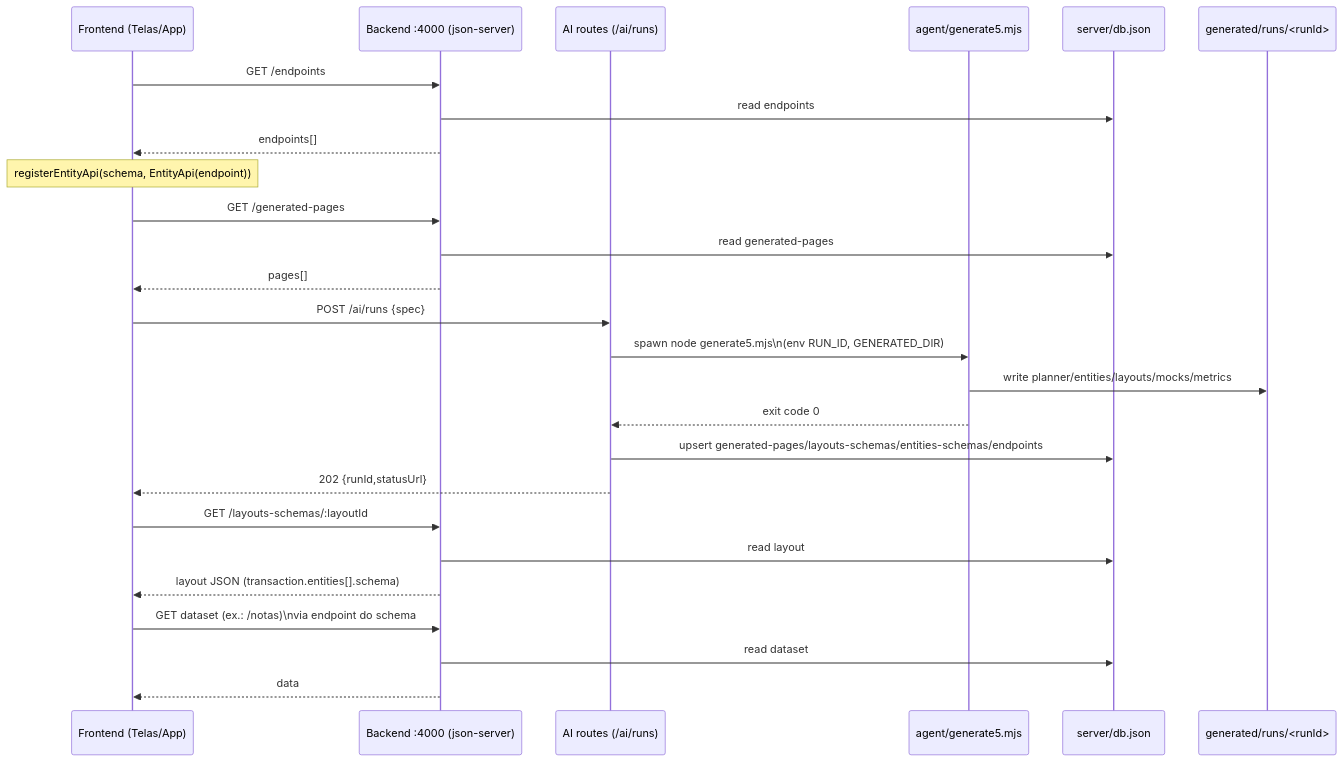
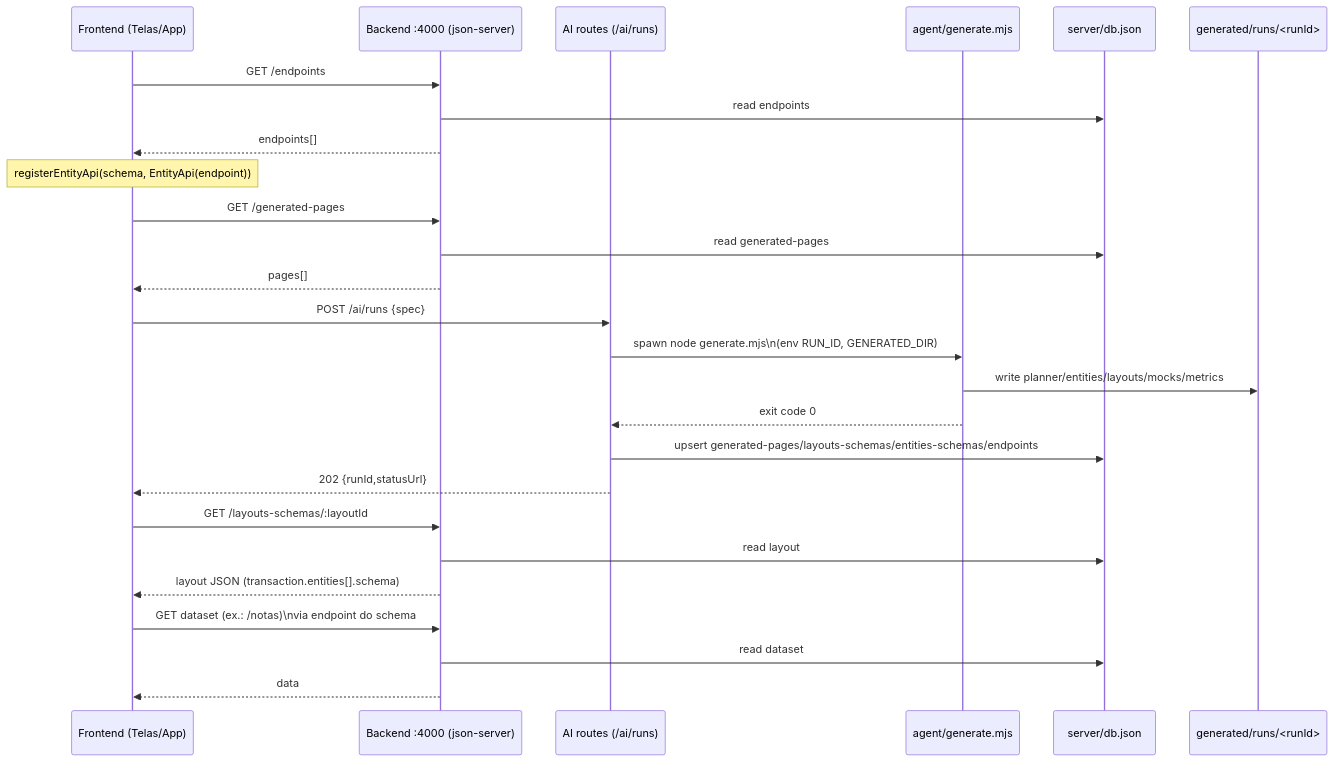
Before and after one commit to bernardoamado-nsj/poc-erprompt-agent: the second of 2 diagrams in docs/fluxo-poc-erprompt-agent.md, drawn with Mermaid. The commit also changed other lines of this file and 10 other files, not shown here.

````diff
--- a/docs/fluxo-poc-erprompt-agent.md
+++ b/docs/fluxo-poc-erprompt-agent.md
@@ -105,32 +105,32 @@
 ```mermaid
 sequenceDiagram
   participant UI as Frontend (Telas/App)
   participant API as Backend :4000 (json-server)
   participant AIR as AI routes (/ai/runs)
-  participant GEN as agent/generate5.mjs
+  participant GEN as agent/generate.mjs
   participant DB as server/db.json
   participant FS as generated/runs/<runId>
 
   UI->>API: GET /endpoints
   API->>DB: read endpoints
   API-->>UI: endpoints[]
   Note over UI: registerEntityApi(schema, EntityApi(endpoint))
 
   UI->>API: GET /generated-pages
   API->>DB: read generated-pages
   API-->>UI: pages[]
 
   UI->>AIR: POST /ai/runs {spec}
-  AIR->>GEN: spawn node generate5.mjs\n(env RUN_ID, GENERATED_DIR)
+  AIR->>GEN: spawn node generate.mjs\n(env RUN_ID, GENERATED_DIR)
   GEN->>FS: write planner/entities/layouts/mocks/metrics
   GEN-->>AIR: exit code 0
   AIR->>DB: upsert generated-pages/layouts-schemas/entities-schemas/endpoints
   AIR-->>UI: 202 {runId,statusUrl}
 
   UI->>API: GET /layouts-schemas/:layoutId
   API->>DB: read layout
   API-->>UI: layout JSON (transaction.entities[].schema)
   UI->>API: GET dataset (ex.: /notas)\nvia endpoint do schema
   API->>DB: read dataset
   API-->>UI: data
 ```
````
